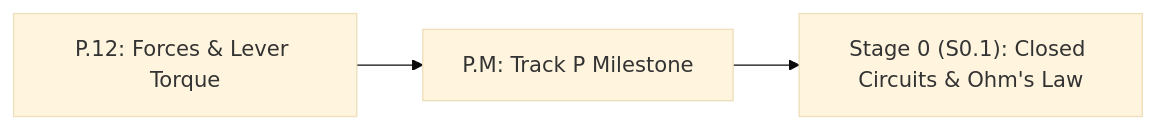
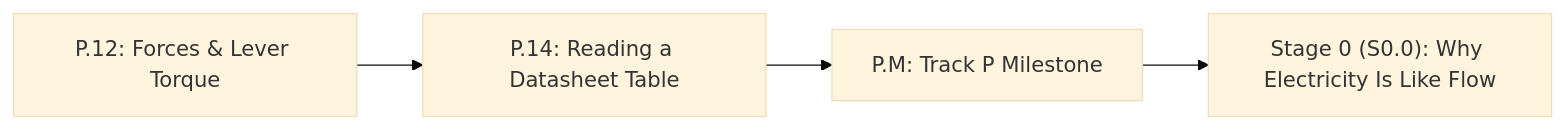
One commit to TLE47/Mechatronics-Roadmap changed the diagram in track-p/P.M-track-p-milestone.md. Above: the diagram before and after it, drawn with Mermaid (base theme). The commit also changed other lines of this file and 35 other files, not shown here.

````diff
--- a/track-p/P.M-track-p-milestone.md
+++ b/track-p/P.M-track-p-milestone.md
@@ -25,5 +25,6 @@
 ```mermaid
 flowchart LR
-    P12["P.12: Forces & Lever Torque"] --> PM["P.M: Track P Milestone"]
-    PM --> S01["Stage 0 (S0.1): Closed Circuits & Ohm's Law"]
+    P12["P.12: Forces & Lever Torque"] --> P14["P.14: Reading a Datasheet Table"]
+    P14 --> PM["P.M: Track P Milestone"]
+    PM --> S00["Stage 0 (S0.0): Why Electricity Is Like Flow"]
 ```
````
